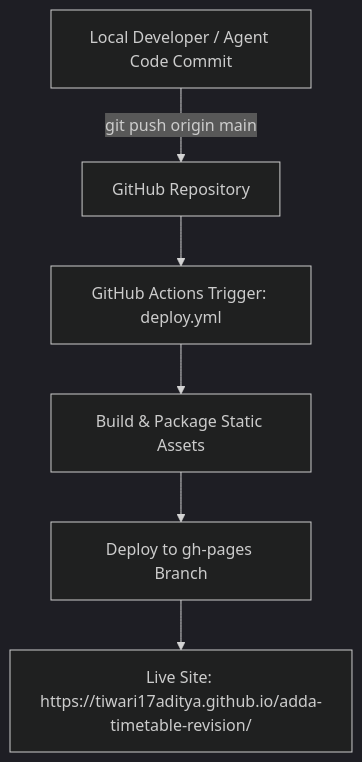
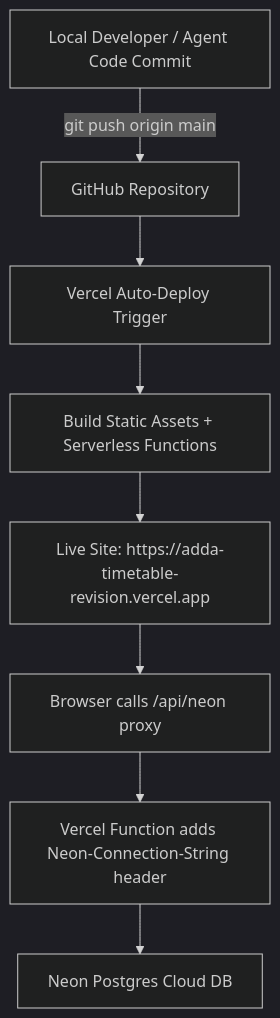
One commit to tiwari17aditya/adda-timetable-revision changed the diagram in TECH_STACK.md. Above: the diagram before and after it, drawn with Mermaid (dark theme). The commit also changed other lines of this file and 1 other file, not shown here.

Commit message:
docs: update TECH_STACK.md & TOKEN_TRACKING.md — reflect Vercel hosting, proxy, security & Phase 20-22 milestones

````diff
--- a/TECH_STACK.md
+++ b/TECH_STACK.md
@@ -99,8 +106,10 @@
 ```mermaid
 graph TD
     A[Local Developer / Agent Code Commit] -->|git push origin main| B[GitHub Repository]
-    B --> C[GitHub Actions Trigger: deploy.yml]
-    C --> D[Build & Package Static Assets]
-    D --> E[Deploy to gh-pages Branch]
-    E --> F[Live Site: https://tiwari17aditya.github.io/adda-timetable-revision/]
+    B --> C[Vercel Auto-Deploy Trigger]
+    C --> D[Build Static Assets + Serverless Functions]
+    D --> E[Live Site: https://adda-timetable-revision.vercel.app]
+    E --> F[Browser calls /api/neon proxy]
+    F --> G[Vercel Function adds Neon-Connection-String header]
+    G --> H[Neon Postgres Cloud DB]
 ```
````
